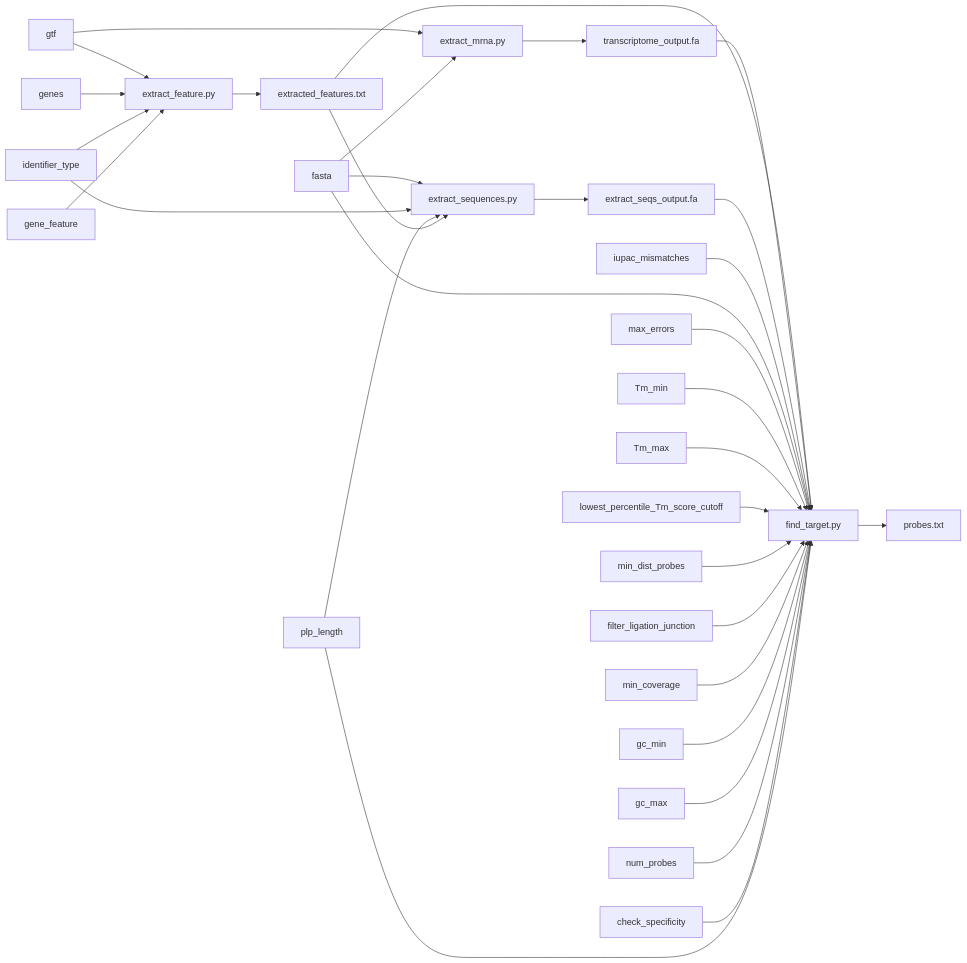
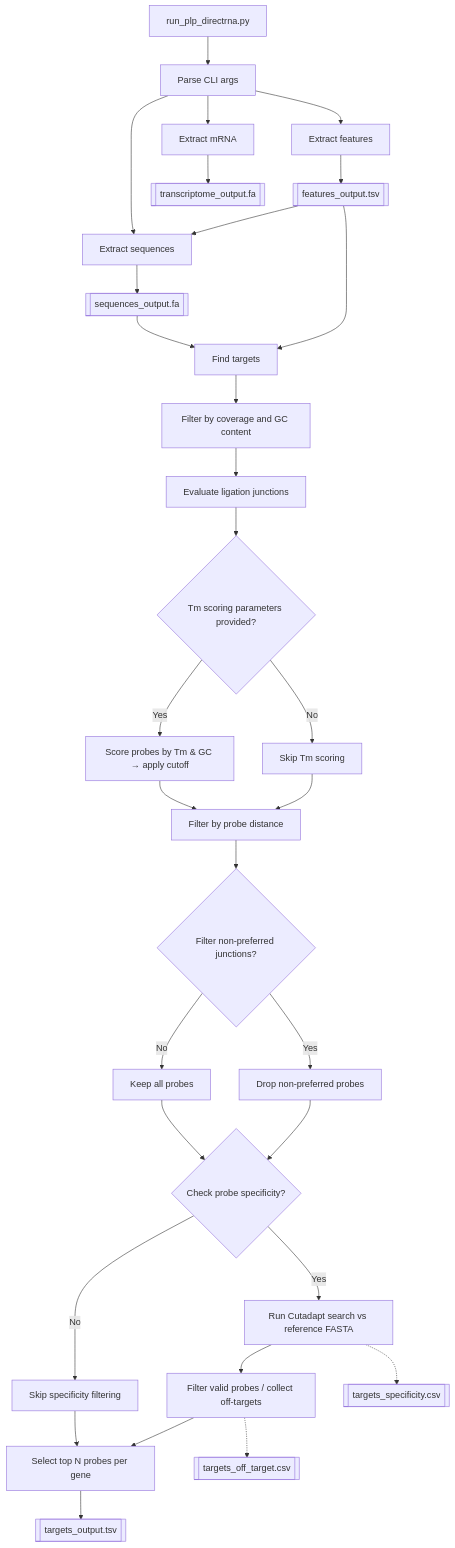
The diagram in README.md (Moldia/PLP_directRNA_design_V2), drawn with Mermaid before and after one commit. The commit also changed other lines of this file, not shown here.

Commit message:
Update workflow and remove extraction steps
Removed old extraction steps and updated workflow to include run_plp_directrna.py with new parameters.

````diff
--- a/README.md
+++ b/README.md
@@ -80,70 +57,39 @@
 ```mermaid
-flowchart LR
-  %% Inputs (Top Layer)
-  gtf[gtf]
-  genes[genes]
-  identifier_type[identifier_type]
-  gene_feature[gene_feature]
-  fasta[fasta]
-  min_coverage[min_coverage]
-  gc_min[gc_min]
-  gc_max[gc_max]
-  num_probes[num_probes]
-  iupac_mismatches[iupac_mismatches]
-  max_errors[max_errors]
-  check_specificity[check_specificity]
-  plp_length[plp_length]
-  Tm_min[Tm_min]
-  Tm_max[Tm_max]
-  lowest_percentile_Tm_score_cutoff[lowest_percentile_Tm_score_cutoff]
-  min_dist_probes[min_dist_probes]
-  filter_ligation_junction[filter_ligation_junction]
+flowchart TD
+  A[run_plp_directrna.py] --> B[Parse CLI args]
+  B --> C[Extract features]
+  C --> COUT[[features_output.tsv]]
 
-  %% Script
-  features[extract_feature.py]
-  transcriptome[extract_mrna.py]
-  sequences[extract_sequences.py]
-  probes[find_target.py]
-  
-  %% Output
-  output1[extracted_features.txt]
-  output2[transcriptome_output.fa]
-  output3[extract_seqs_output.fa]
-  probes.txt[probes.txt]
+  B --> D[Extract mRNA]
+  D --> DOUT[[transcriptome_output.fa]]
 
-  %% Connections
-  gtf --> features
-  genes --> features
-  identifier_type --> features
-  gene_feature --> features
-  features --> output1
+  COUT --> E[Extract sequences]
+  B --> E
+  E --> EOUT[[sequences_output.fa]]
 
-  gtf --> transcriptome
-  fasta --> transcriptome
-  transcriptome --> output2
+  %% Find targets block
+  COUT --> F[Find targets]
+  EOUT --> F
+  F --> G[Filter by coverage and GC content]
+  G --> H[Evaluate ligation junctions]
+  H --> I{Tm scoring parameters provided?}
+  I -- No --> J[Skip Tm scoring]
+  I -- Yes --> K[Score probes by Tm & GC → apply cutoff]
+  J --> L[Filter by probe distance]
+  K --> L
+  L --> M{Filter non-preferred junctions?}
+  M -- Yes --> N[Drop non-preferred probes]
+  M -- No --> N2[Keep all probes]
+  N --> O{Check probe specificity?}
+  N2 --> O
+  O -- Yes --> P[Run Cutadapt search vs reference FASTA]
+  P --> Q[Filter valid probes / collect off-targets]
+  O -- No --> Q2[Skip specificity filtering]
+  Q --> R[Select top N probes per gene]
+  Q2 --> R
+  R --> TOUT[[targets_output.tsv]]
 
-  fasta --> sequences
-  identifier_type --> sequences
-  plp_length --> sequences
-  output1 --> sequences 
-  sequences --> output3
-
-  output1 --> probes
-  output2 --> probes
-  output3 --> probes
-  iupac_mismatches --> probes
-  fasta --> probes
-  max_errors--> probes
-  Tm_min--> probes
-  Tm_max--> probes
-  lowest_percentile_Tm_score_cutoff--> probes
-  min_dist_probes--> probes
-  filter_ligation_junction--> probes
-  min_coverage--> probes
-  gc_min--> probes
-  gc_max--> probes
-  num_probes--> probes
-  check_specificity--> probes
-  plp_length--> probes
-  probes --> probes.txt
+  %% Optional results
+  P -.-> S[[targets_specificity.csv]]
+  Q -.-> U[[targets_off_target.csv]]
 ```
````
